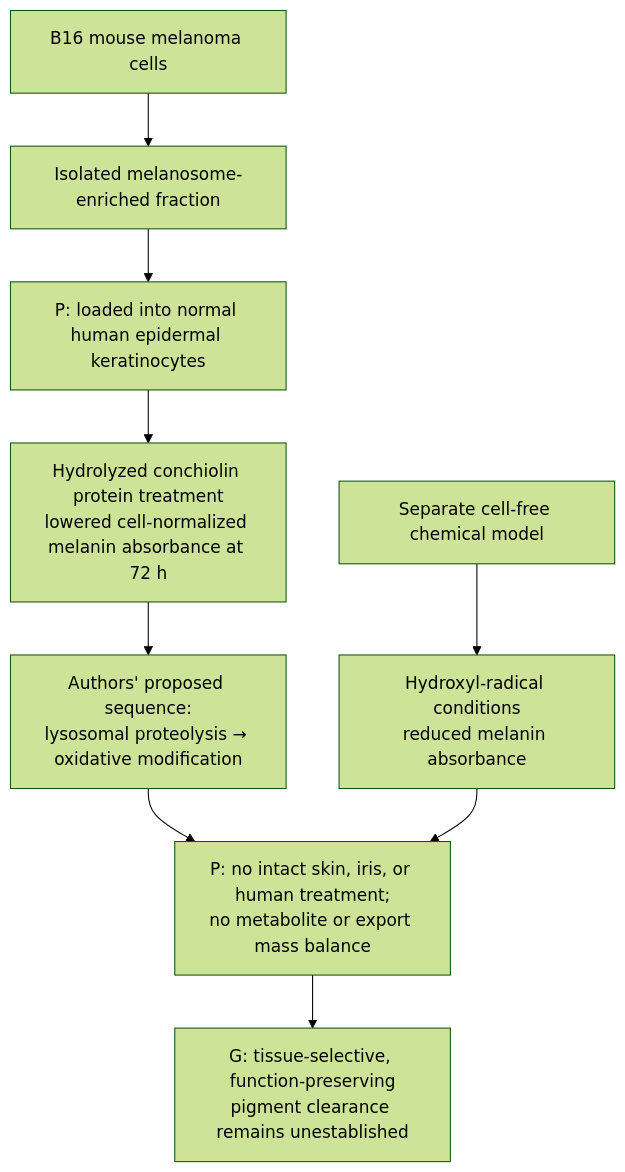
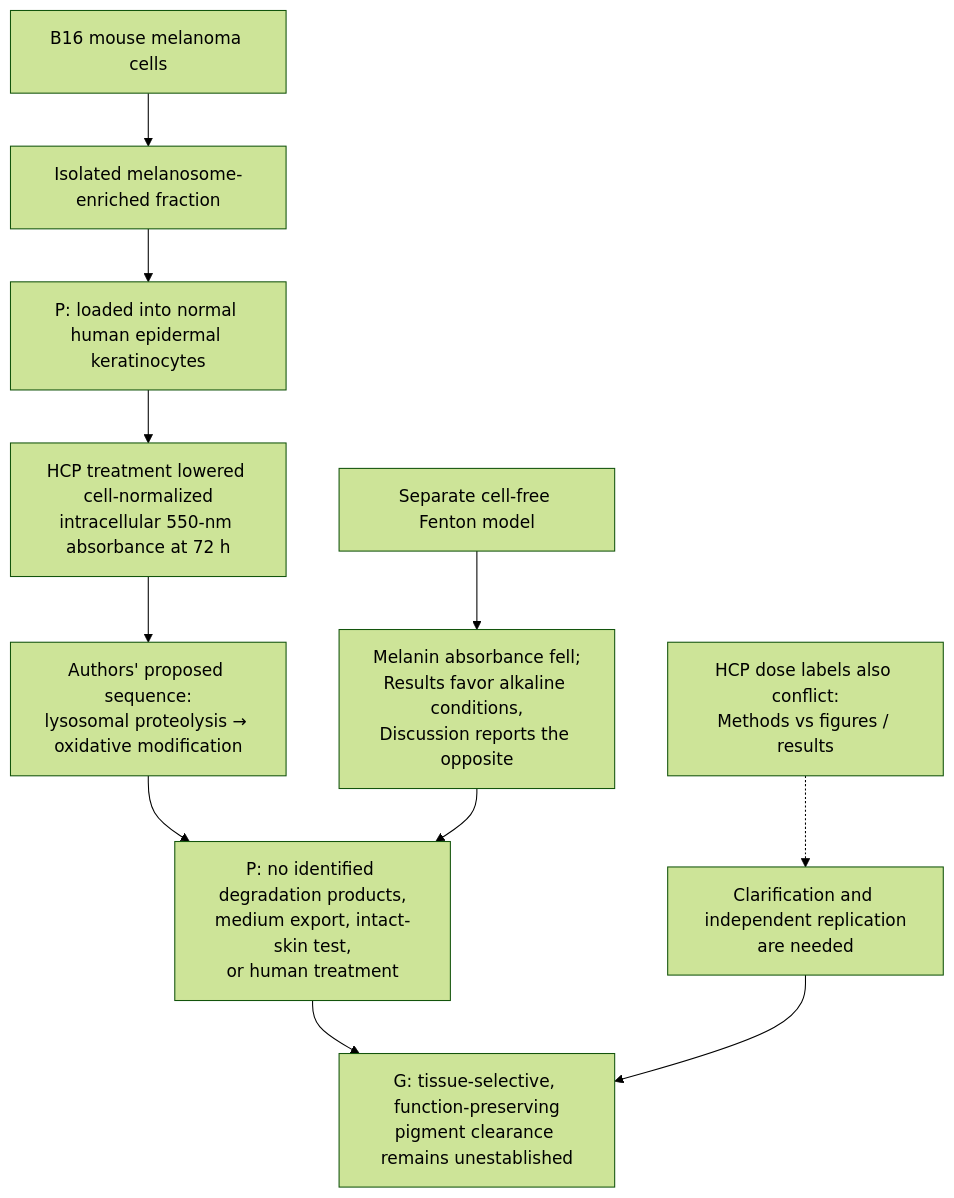
Diagram 12 of 54 in research/tissue-pigment-atlas.md (dylanstechmann/iris-color-without-contacts), drawn with Mermaid (forest theme) before and after one commit. The commit also changed other lines of this file, not shown here.

Commit message:
Clarify HCP skin-model endpoints and reporting conflicts

````diff
--- a/research/tissue-pigment-atlas.md
+++ b/research/tissue-pigment-atlas.md
@@ -360,11 +360,13 @@
 ```mermaid
 flowchart TD
     B["B16 mouse melanoma cells"] --> F["Isolated melanosome-enriched fraction"]
     F --> K["P: loaded into normal human epidermal keratinocytes"]
-    K --> H["Hydrolyzed conchiolin protein treatment<br/>lowered cell-normalized melanin absorbance at 72 h"]
+    K --> H["HCP treatment lowered cell-normalized<br/>intracellular 550-nm absorbance at 72 h"]
     H --> M["Authors' proposed sequence:<br/>lysosomal proteolysis → oxidative modification"]
-    X["Separate cell-free chemical model"] --> R["Hydroxyl-radical conditions<br/>reduced melanin absorbance"]
-    M --> L["P: no intact skin, iris, or human treatment;<br/>no metabolite or export mass balance"]
+    X["Separate cell-free Fenton model"] --> R["Melanin absorbance fell;<br/>Results favor alkaline conditions,<br/>Discussion reports the opposite"]
+    M --> L["P: no identified degradation products,<br/>medium export, intact-skin test,<br/>or human treatment"]
     R --> L
     L --> G["G: tissue-selective, function-preserving<br/>pigment clearance remains unestablished"]
+    I["HCP dose labels also conflict:<br/>Methods vs figures / results"] -.-> J["Clarification and independent replication<br/>are needed"]
+    J --> G
 ```
````
